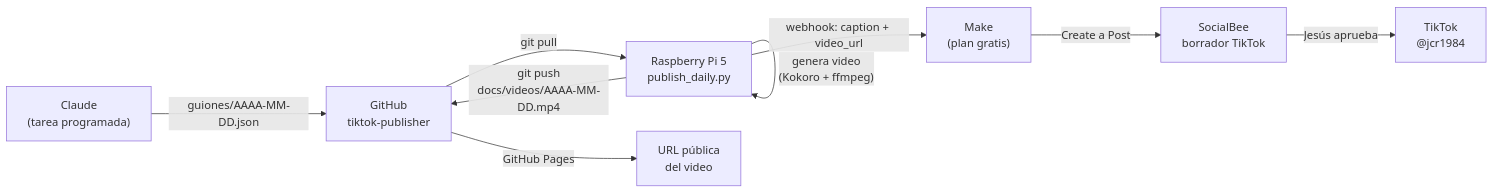
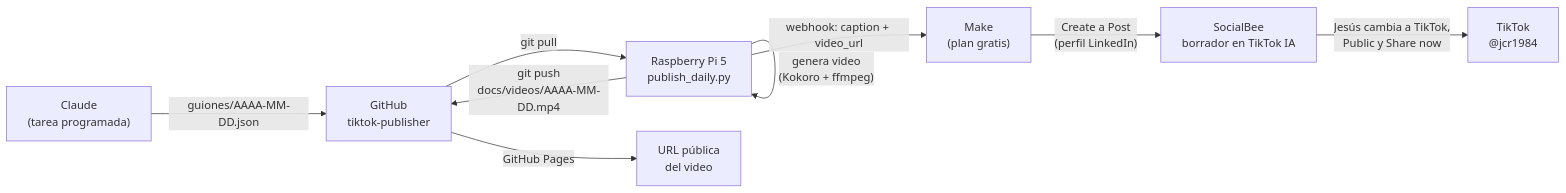
One commit to JesusCabreraReveles/tiktok-publisher changed the diagram in FLUJO.md. Above: the diagram before and after it, drawn with Mermaid. The commit also changed other lines of this file, not shown here.

First line of the commit message:
Document working flow: Make draft via LinkedIn profile, switch to TikTok in SocialBee

````diff
--- a/FLUJO.md
+++ b/FLUJO.md
@@ -14,11 +14,11 @@
 ```mermaid
 flowchart LR
     A["Claude<br/>(tarea programada)"] -->|"guiones/AAAA-MM-DD.json"| B["GitHub<br/>tiktok-publisher"]
     B -->|git pull| C["Raspberry Pi 5<br/>publish_daily.py"]
     C -->|"genera video<br/>(Kokoro + ffmpeg)"| C
     C -->|"git push<br/>docs/videos/AAAA-MM-DD.mp4"| B
     B -->|GitHub Pages| D["URL pública<br/>del video"]
     C -->|"webhook: caption + video_url"| E["Make<br/>(plan gratis)"]
-    E -->|Create a Post| F["SocialBee<br/>borrador TikTok"]
-    F -->|"Jesús aprueba"| G["TikTok<br/>@jcr1984"]
+    E -->|"Create a Post<br/>(perfil LinkedIn)"| F["SocialBee<br/>borrador en TikTok IA"]
+    F -->|"Jesús cambia a TikTok,<br/>Public y Share now"| G["TikTok<br/>@jcr1984"]
 ```
````
